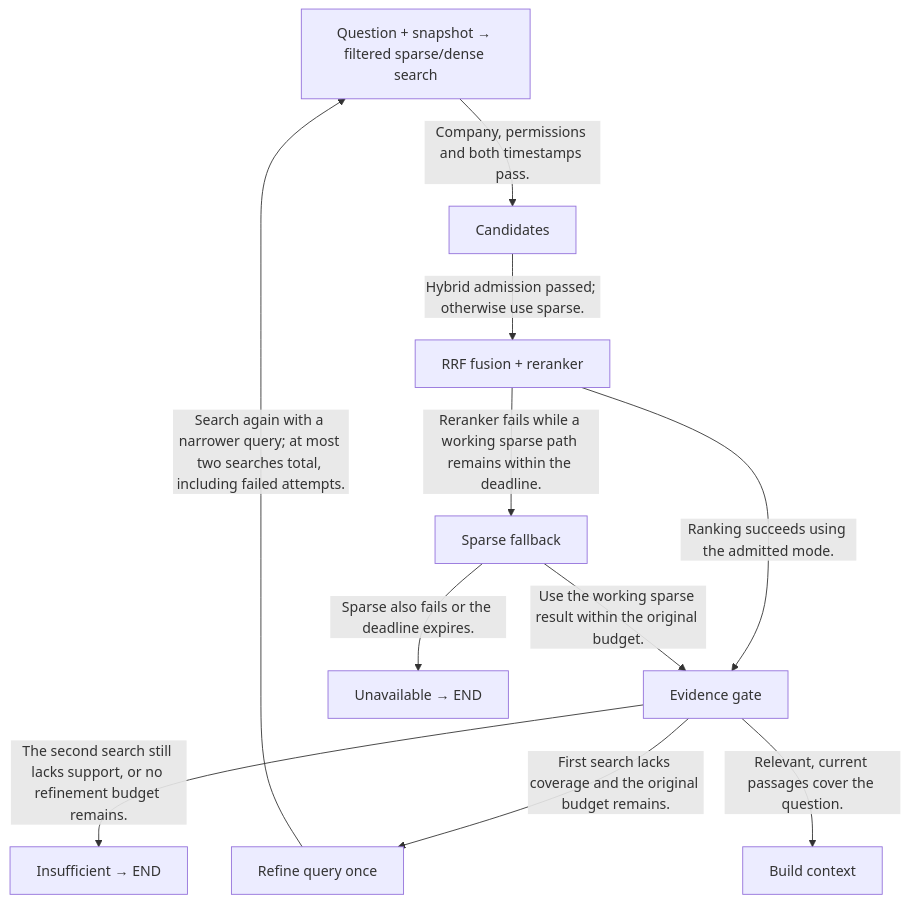
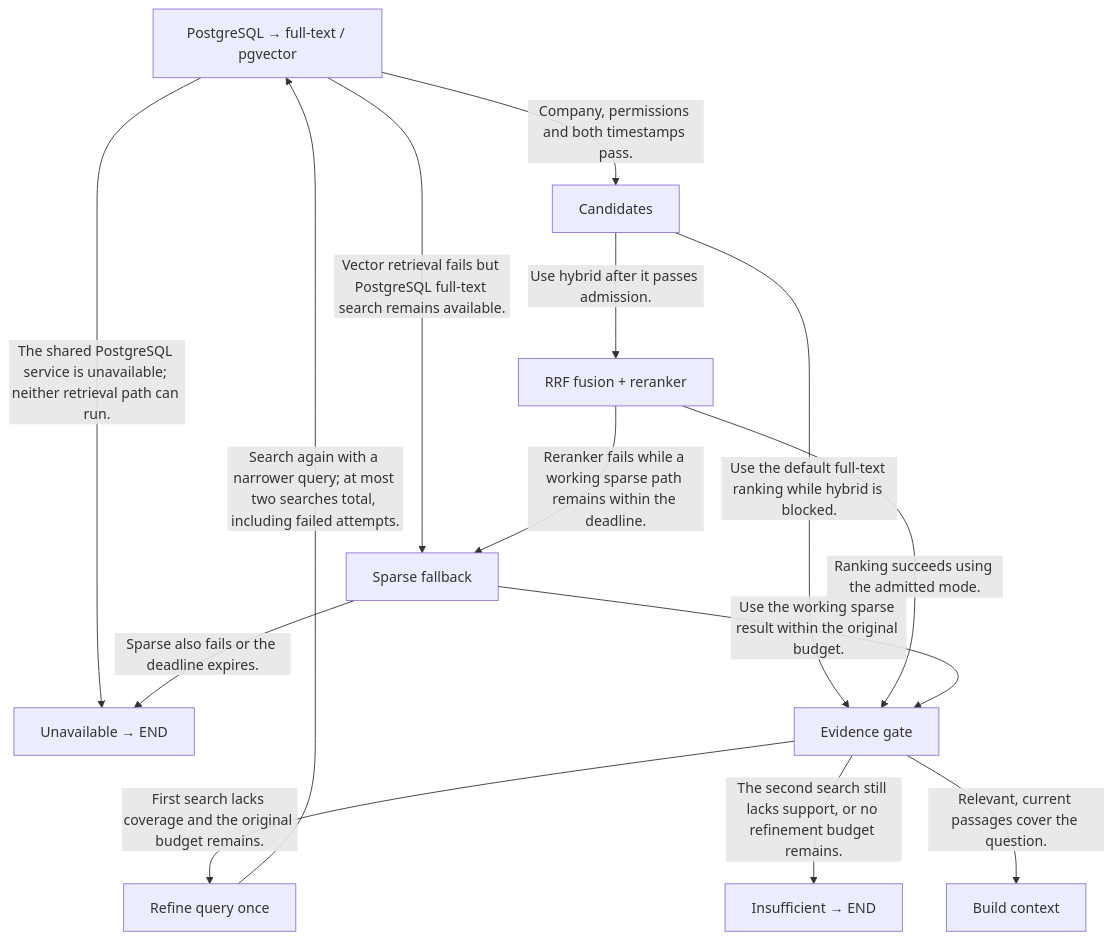
Before and after one commit to ByronHo68/ai-learning-academy: the third of 11 diagrams in docs/FINANCIAL_REPORT_DEVELOPMENT_PROPOSAL.md, drawn with Mermaid. The commit also changed other lines of this file and 66 other files, not shown here.

Commit message:
Use PostgreSQL for the finance database and retrieval baseline

````diff
--- a/docs/FINANCIAL_REPORT_DEVELOPMENT_PROPOSAL.md
+++ b/docs/FINANCIAL_REPORT_DEVELOPMENT_PROPOSAL.md
@@ -833,22 +1025,25 @@
 ```mermaid
 flowchart TD
-  n0["Question + snapshot → filtered sparse/dense search"]
-  n1["Candidates"]
-  n2["RRF fusion + reranker"]
+  n0["PostgreSQL → full-text / pgvector"]
+  n1["Unavailable → END"]
+  n2["Candidates"]
   n3["Evidence gate"]
-  n4["Sparse fallback"]
-  n5["Unavailable → END"]
+  n4["RRF fusion + reranker"]
+  n5["Sparse fallback"]
   n6["Refine query once"]
   n7["Insufficient → END"]
   n8["Build context"]
-  n0 -->|"Company, permissions and both timestamps pass."| n1
-  n1 -->|"Hybrid admission passed; otherwise use sparse."| n2
-  n2 -->|"Ranking succeeds using the admitted mode."| n3
-  n2 -->|"Reranker fails while a working sparse path remains within the deadline."| n4
-  n4 -->|"Use the working sparse result within the original budget."| n3
-  n4 -->|"Sparse also fails or the deadline expires."| n5
+  n0 -->|"The shared PostgreSQL service is unavailable; neither retrieval path can run."| n1
+  n0 -->|"Company, permissions and both timestamps pass."| n2
+  n2 -->|"Use the default full-text ranking while hybrid is blocked."| n3
+  n2 -->|"Use hybrid after it passes admission."| n4
+  n4 -->|"Ranking succeeds using the admitted mode."| n3
+  n0 -->|"Vector retrieval fails but PostgreSQL full-text search remains available."| n5
+  n4 -->|"Reranker fails while a working sparse path remains within the deadline."| n5
+  n5 -->|"Use the working sparse result within the original budget."| n3
+  n5 -->|"Sparse also fails or the deadline expires."| n1
   n3 -->|"First search lacks coverage and the original budget remains."| n6
   n6 -->|"Search again with a narrower query; at most two searches total, including failed attempts."| n0
   n3 -->|"The second search still lacks support, or no refinement budget remains."| n7
   n3 -->|"Relevant, current passages cover the question."| n8
 ```
````
